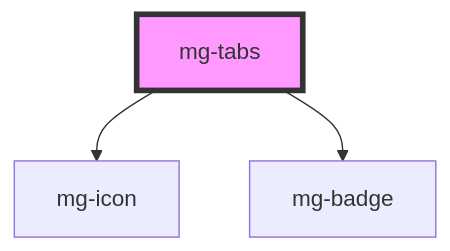
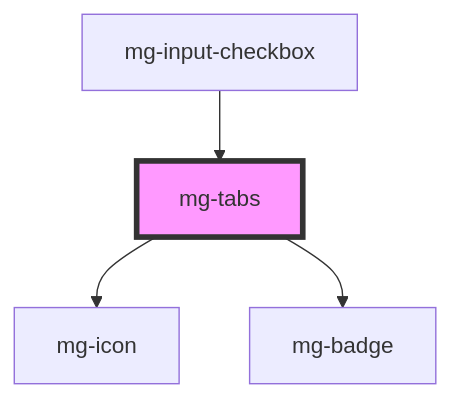
One commit to MGDIS/core-ui changed the diagram in packages/mg-components/src/components/molecules/mg-tabs/readme.md. Above: the diagram before and after it, drawn with Mermaid. The commit also changed other lines of this file and 51 other files, not shown here.

First line of the commit message:
feat(mg-input-checkbox): multi: manage sections with `<mg-tabs>`

````diff
--- a/packages/mg-components/src/components/molecules/mg-tabs/readme.md
+++ b/packages/mg-components/src/components/molecules/mg-tabs/readme.md
@@ -47,6 +51,7 @@
 ```mermaid
 graph TD;
   mg-tabs --> mg-icon
   mg-tabs --> mg-badge
+  mg-input-checkbox --> mg-tabs
   style mg-tabs fill:#f9f,stroke:#333,stroke-width:4px
 ```
````
